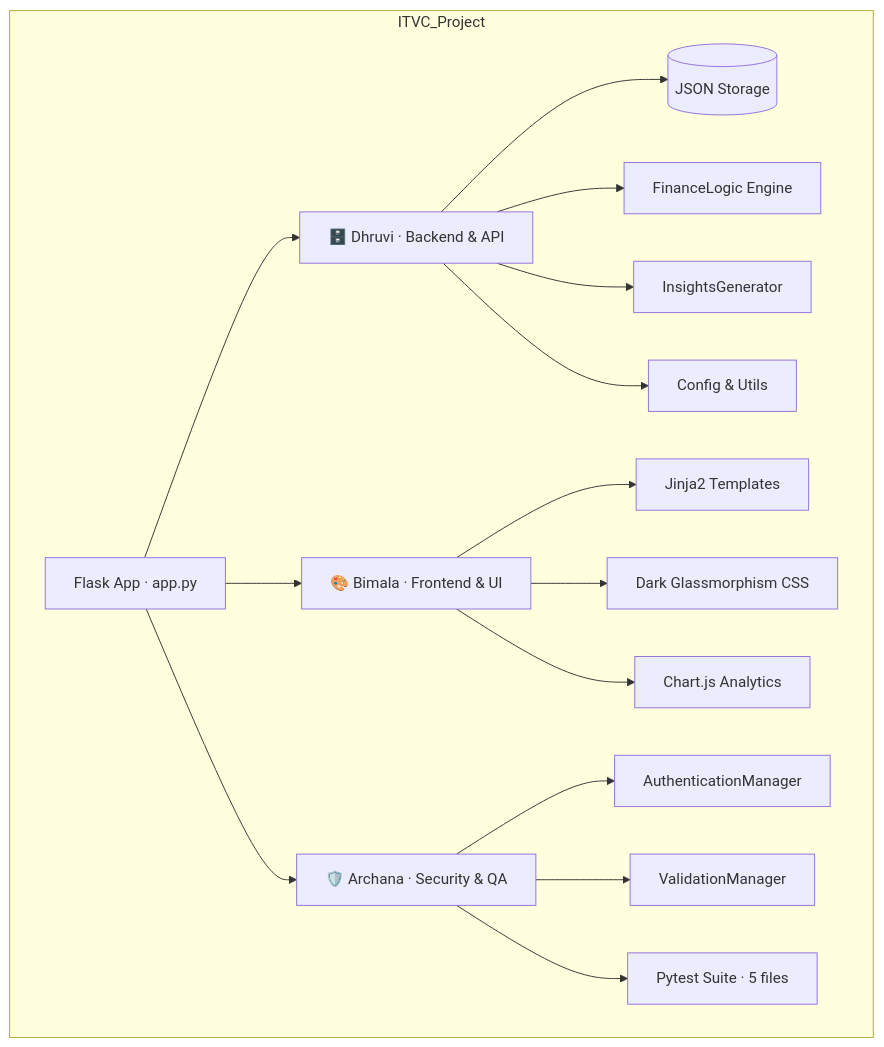
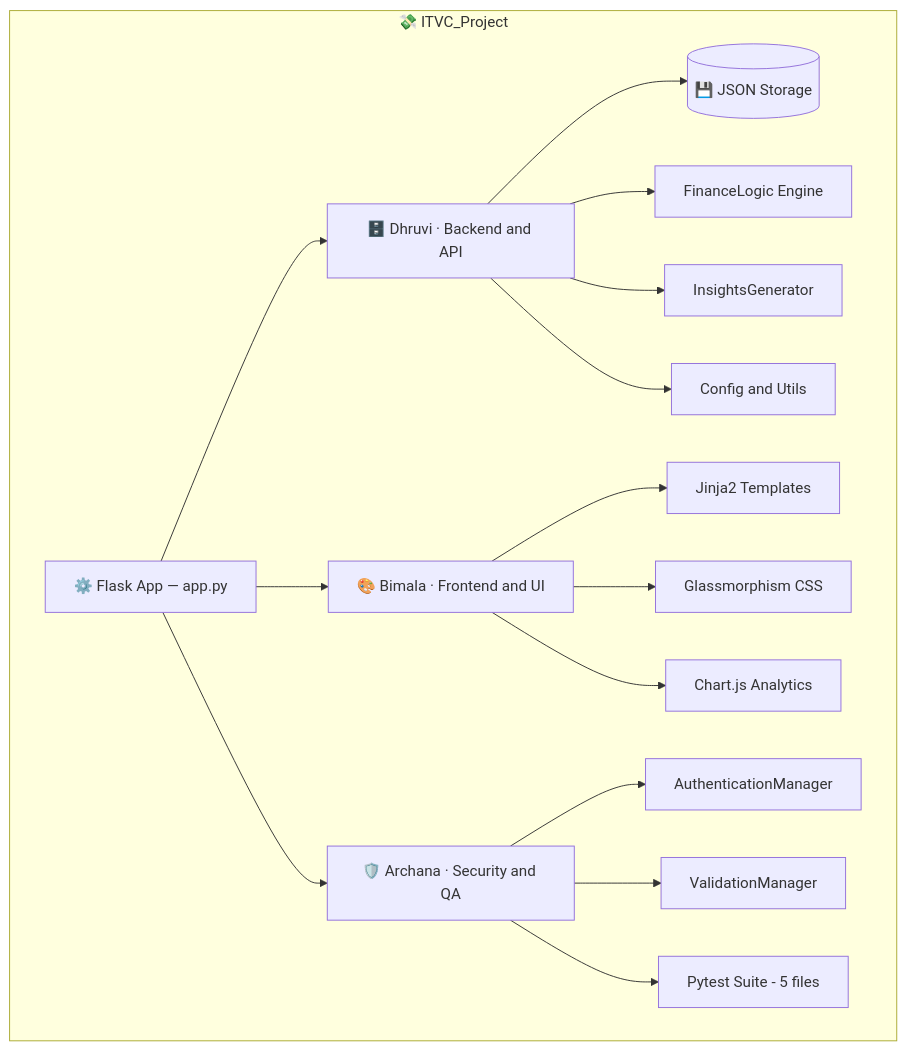
One commit to gedilabimalabsc24-code/ITVC_Project changed the diagram in README.md. Above: the diagram before and after it, drawn with Mermaid. The commit also changed other lines of this file, not shown here.

````diff
--- a/README.md
+++ b/README.md
@@ -93,21 +261,23 @@
 ```mermaid
-graph TD;
-    subgraph ITVC_Project
-        App[Flask App · app.py] --> Dhruvi[🗄️ Dhruvi · Backend & API]
-        App --> Bimala[🎨 Bimala · Frontend & UI]
-        App --> Archana[🛡️ Archana · Security & QA]
+graph TD
+    subgraph ITVC_Project["💸 ITVC_Project"]
+        App["⚙️ Flask App — app.py"]
 
-        Dhruvi --> Storage[(JSON Storage)]
-        Dhruvi --> Logic[FinanceLogic Engine]
-        Dhruvi --> Insights[InsightsGenerator]
-        Dhruvi --> Config[Config & Utils]
+        App --> D["🗄️ Dhruvi · Backend and API"]
+        App --> B["🎨 Bimala · Frontend and UI"]
+        App --> A["🛡️ Archana · Security and QA"]
 
-        Bimala --> Templates[Jinja2 Templates]
-        Bimala --> CSS[Dark Glassmorphism CSS]
-        Bimala --> Charts[Chart.js Analytics]
+        D --> S[("💾 JSON Storage")]
+        D --> L["FinanceLogic Engine"]
+        D --> I["InsightsGenerator"]
+        D --> C["Config and Utils"]
 
-        Archana --> Auth[AuthenticationManager]
-        Archana --> Validation[ValidationManager]
-        Archana --> Tests[Pytest Suite · 5 files]
+        B --> T["Jinja2 Templates"]
+        B --> CS["Glassmorphism CSS"]
+        B --> CH["Chart.js Analytics"]
+
+        A --> AU["AuthenticationManager"]
+        A --> V["ValidationManager"]
+        A --> TS["Pytest Suite - 5 files"]
     end
 ```
````
